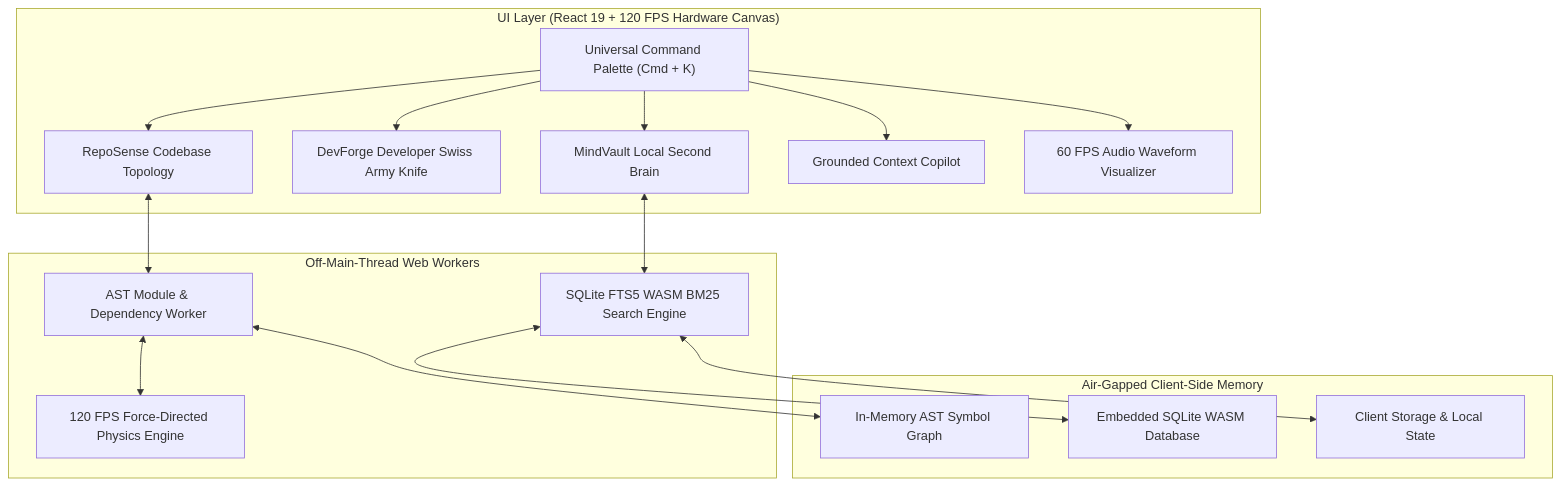
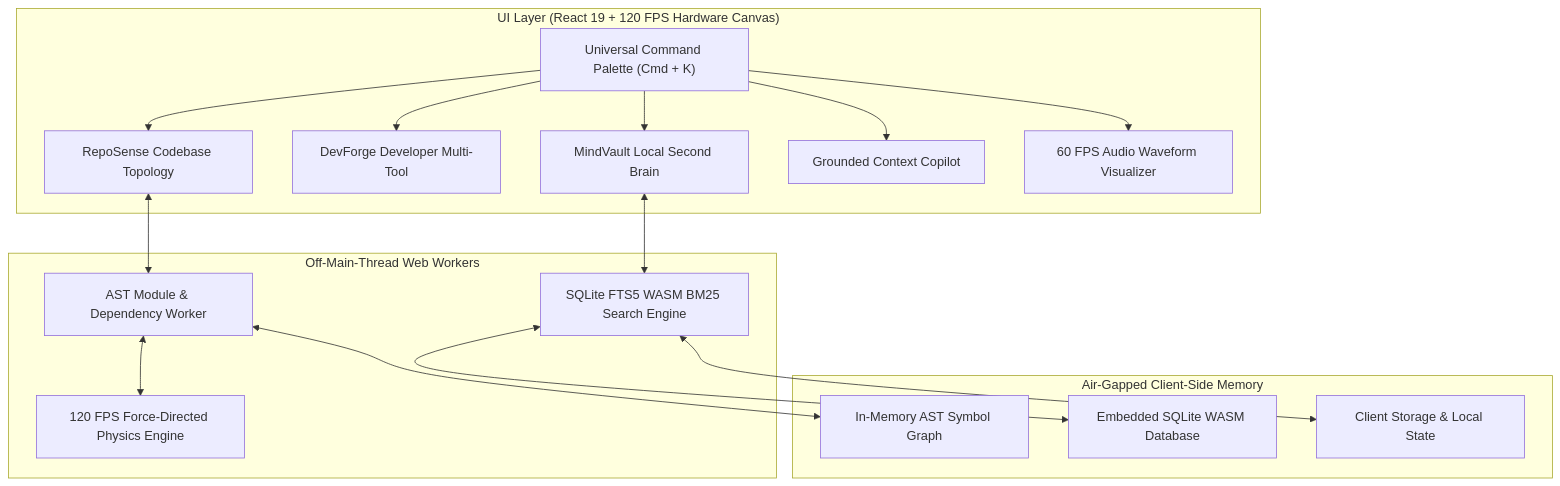
Before and after one commit to Cagrik34/zenith-nexus: the diagram in README.md, drawn with Mermaid. The commit also changed other lines of this file and 1 other file, not shown here.

````diff
--- a/README.md
+++ b/README.md
@@ -38,29 +38,29 @@
 ```mermaid
 graph TD
     subgraph UI_Layer ["UI Layer (React 19 + 120 FPS Hardware Canvas)"]
         Palette["Universal Command Palette (Cmd + K)"]
         RepoSenseUI["RepoSense Codebase Topology"]
-        DevForgeUI["DevForge Developer Swiss Army Knife"]
+        DevForgeUI["DevForge Developer Multi-Tool"]
         VaultUI["MindVault Local Second Brain"]
         CopilotUI["Grounded Context Copilot"]
         VoiceUI["60 FPS Audio Waveform Visualizer"]
     end
 
     subgraph Worker_Layer ["Off-Main-Thread Web Workers"]
         ASTWorker["AST Module & Dependency Worker"]
         GraphPhysics["120 FPS Force-Directed Physics Engine"]
         FTSWorker["SQLite FTS5 WASM BM25 Search Engine"]
     end
 
     subgraph Memory_Layer ["Air-Gapped Client-Side Memory"]
         CodeMemory["In-Memory AST Symbol Graph"]
         SQLiteMemory["Embedded SQLite WASM Database"]
         LocalStorage["Client Storage & Local State"]
     end
 
     Palette --> RepoSenseUI & DevForgeUI & VaultUI & CopilotUI & VoiceUI
     RepoSenseUI <--> ASTWorker <--> GraphPhysics
     VaultUI <--> FTSWorker <--> SQLiteMemory
     ASTWorker <--> CodeMemory
     FTSWorker <--> LocalStorage
 ```
````
